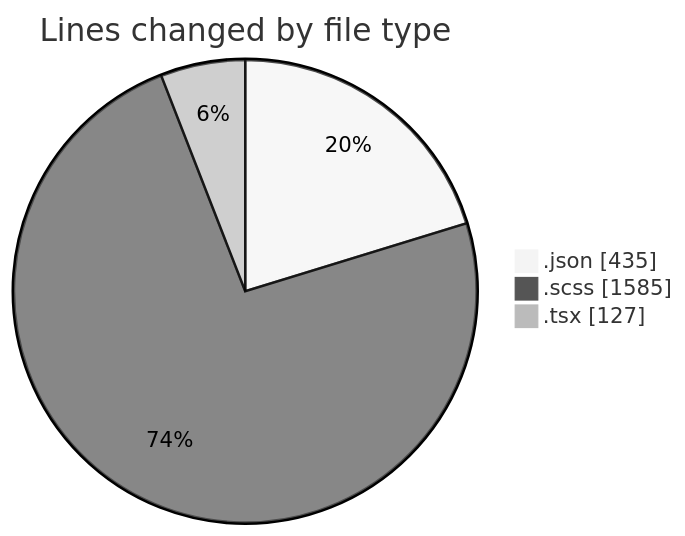
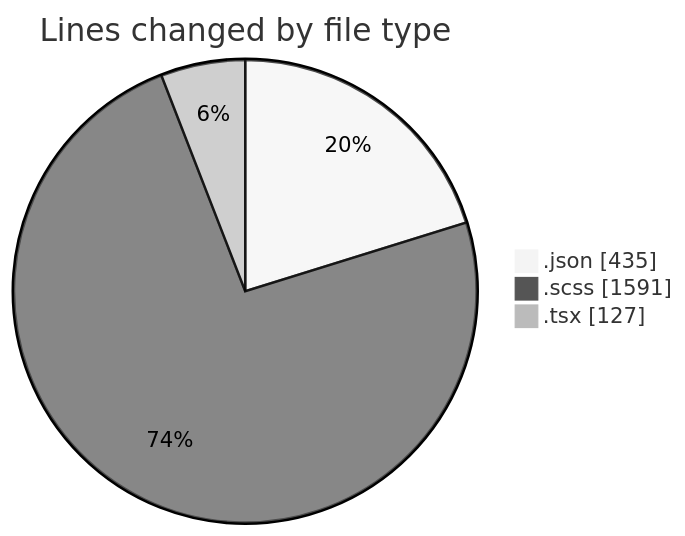
The first of 2 diagrams in 2026-08-11/cda/README.md (momahboobian/code-tracking), drawn with Mermaid (neutral theme) before and after one commit. The commit also changed other lines of this file and 1 other file, not shown here.

````diff
--- a/2026-08-11/cda/README.md
+++ b/2026-08-11/cda/README.md
@@ -26,7 +27,7 @@
 ```mermaid
 pie showData
 title Lines changed by file type
 ".json" : 435
-".scss" : 1585
+".scss" : 1591
 ".tsx" : 127
 ```
````
